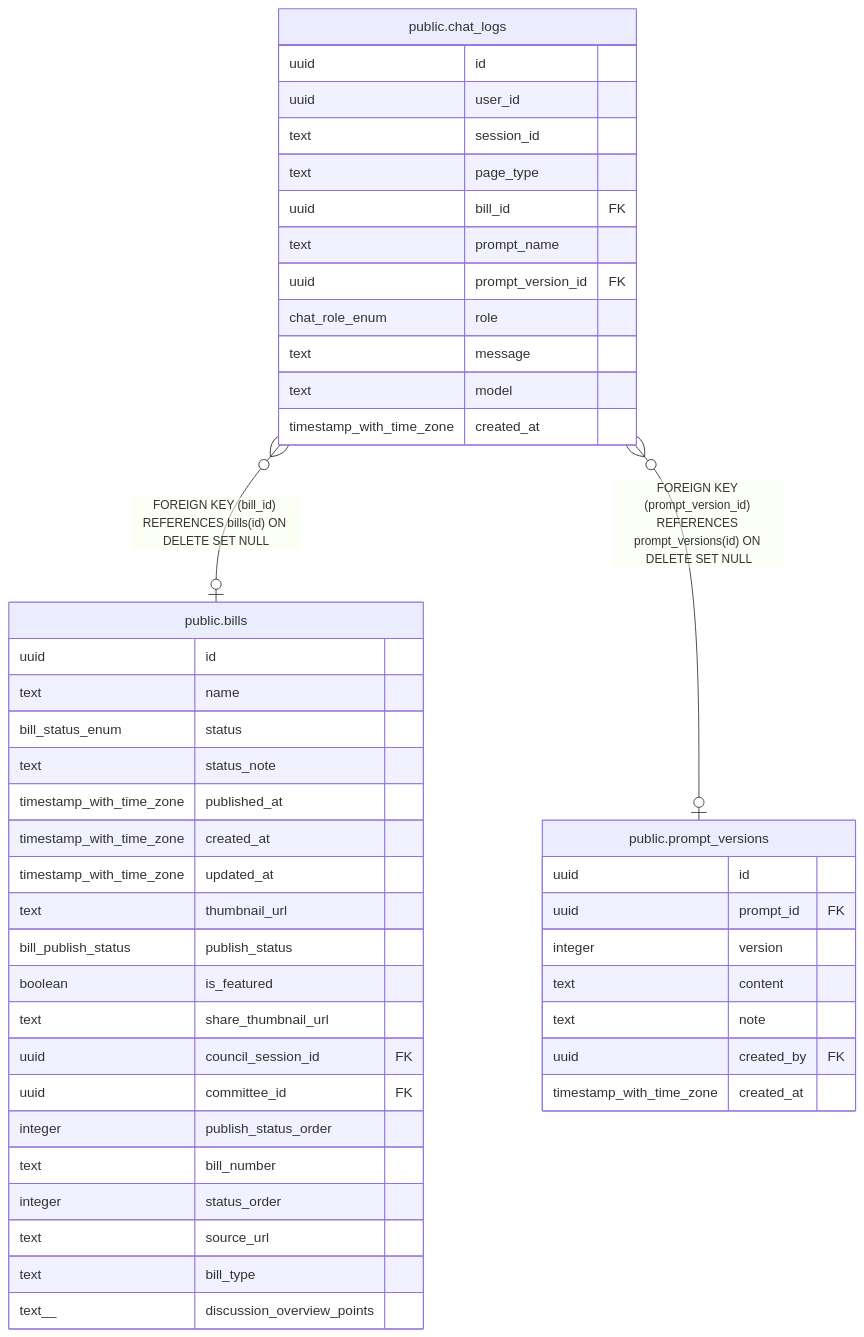
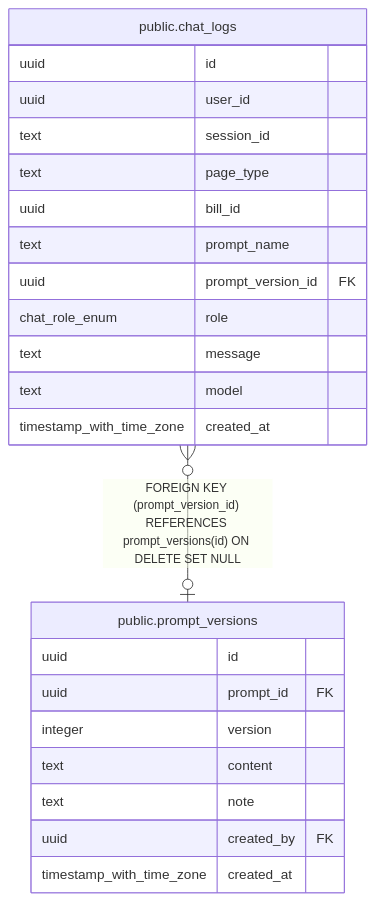
Before and after one commit to s-takahashi-hokkaido/dejimin-gikai: the diagram in docs/schema/public.chat_logs.md, drawn with Mermaid. The commit also changed other lines of this file and 13 other files, not shown here.

````diff
--- a/docs/schema/public.chat_logs.md
+++ b/docs/schema/public.chat_logs.md
@@ -43,50 +42,28 @@
 ```mermaid
 erDiagram
 
-"public.chat_logs" }o--o| "public.bills" : "FOREIGN KEY (bill_id) REFERENCES bills(id) ON DELETE SET NULL"
 "public.chat_logs" }o--o| "public.prompt_versions" : "FOREIGN KEY (prompt_version_id) REFERENCES prompt_versions(id) ON DELETE SET NULL"
 
 "public.chat_logs" {
   uuid id
   uuid user_id
   text session_id
   text page_type
-  uuid bill_id FK
+  uuid bill_id
   text prompt_name
   uuid prompt_version_id FK
   chat_role_enum role
   text message
   text model
   timestamp_with_time_zone created_at
-}
-"public.bills" {
-  uuid id
-  text name
-  bill_status_enum status
-  text status_note
-  timestamp_with_time_zone published_at
-  timestamp_with_time_zone created_at
-  timestamp_with_time_zone updated_at
-  text thumbnail_url
-  bill_publish_status publish_status
-  boolean is_featured
-  text share_thumbnail_url
-  uuid council_session_id FK
-  uuid committee_id FK
-  integer publish_status_order
-  text bill_number
-  integer status_order
-  text source_url
-  text bill_type
-  text__ discussion_overview_points
 }
 "public.prompt_versions" {
   uuid id
   uuid prompt_id FK
   integer version
   text content
   text note
   uuid created_by FK
   timestamp_with_time_zone created_at
 }
 ```
````
